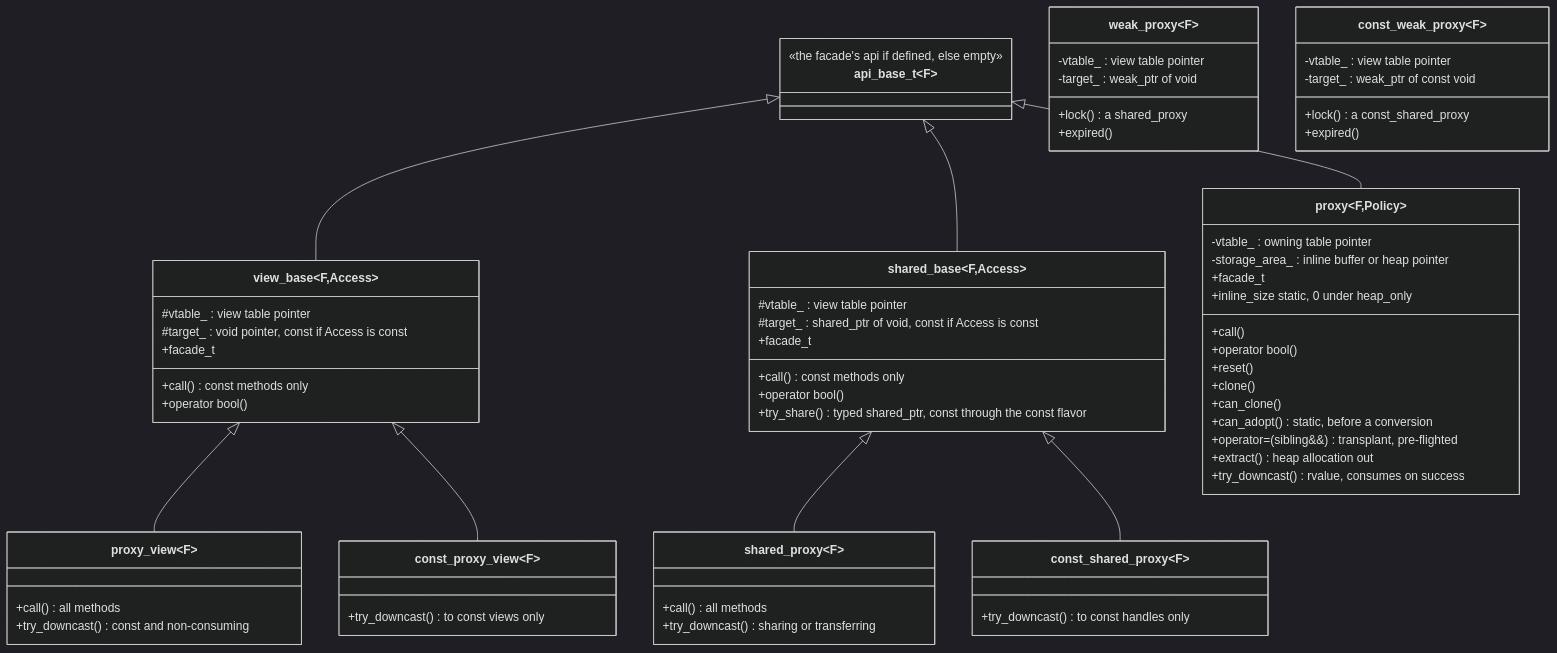
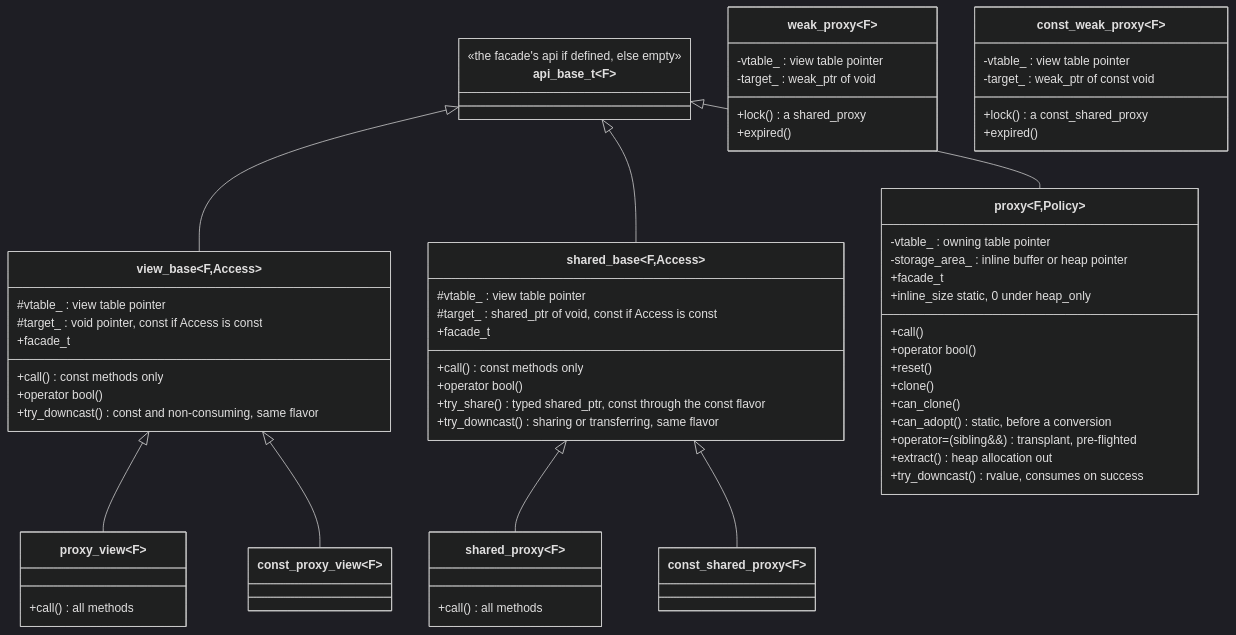
The second of 8 diagrams in corvid/meta/invoke/proxy.md (stevensudit/Corvid), drawn with Mermaid (dark theme) before and after one commit. The commit also changed other lines of this file and 3 other files, not shown here.

````diff
--- a/corvid/meta/invoke/proxy.md
+++ b/corvid/meta/invoke/proxy.md
@@ -955,69 +955,67 @@
 ```mermaid
 classDiagram
     class api_base_t~F~ {
         <<the facade's api if defined, else empty>>
     }
     class view_base~F,Access~ {
         #vtable_ : view table pointer
         #target_ : void pointer, const if Access is const
         +facade_t
         +call() const methods only
         +operator bool()
+        +try_downcast() const and non-consuming, same flavor
     }
     class shared_base~F,Access~ {
         #vtable_ : view table pointer
         #target_ : shared_ptr of void, const if Access is const
         +facade_t
         +call() const methods only
         +operator bool()
         +try_share() typed shared_ptr, const through the const flavor
+        +try_downcast() sharing or transferring, same flavor
     }
     class proxy_view~F~ {
         +call() all methods
-        +try_downcast() const and non-consuming
     }
     class const_proxy_view~F~ {
-        +try_downcast() to const views only
     }
     class proxy~F,Policy~ {
         -vtable_ : owning table pointer
         -storage_area_ : inline buffer or heap pointer
         +facade_t
         +inline_size static, 0 under heap_only
         +call()
         +operator bool()
         +reset()
         +clone()
         +can_clone()
         +can_adopt() static, before a conversion
         +operator=(sibling&&) transplant, pre-flighted
         +extract() heap allocation out
         +try_downcast() rvalue, consumes on success
     }
     class shared_proxy~F~ {
         +call() all methods
-        +try_downcast() sharing or transferring
     }
     class const_shared_proxy~F~ {
-        +try_downcast() to const handles only
     }
     class weak_proxy~F~ {
         -vtable_ : view table pointer
         -target_ : weak_ptr of void
         +lock() a shared_proxy
         +expired()
     }
     class const_weak_proxy~F~ {
         -vtable_ : view table pointer
         -target_ : weak_ptr of const void
         +lock() a const_shared_proxy
         +expired()
     }
     api_base_t <|-- view_base
     view_base <|-- proxy_view
     view_base <|-- const_proxy_view
     api_base_t <|-- proxy
     api_base_t <|-- shared_base
     shared_base <|-- shared_proxy
     shared_base <|-- const_shared_proxy
 ```
````
